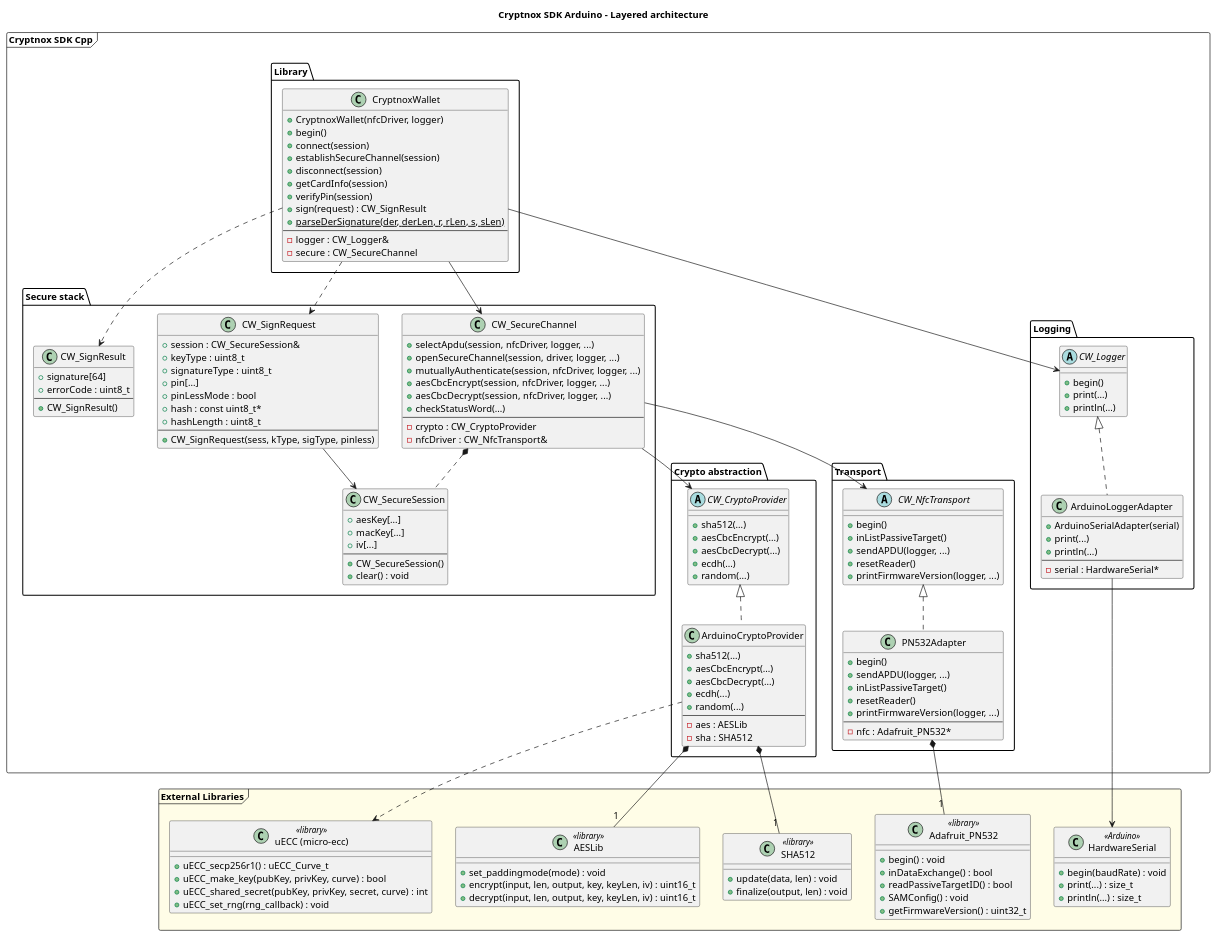
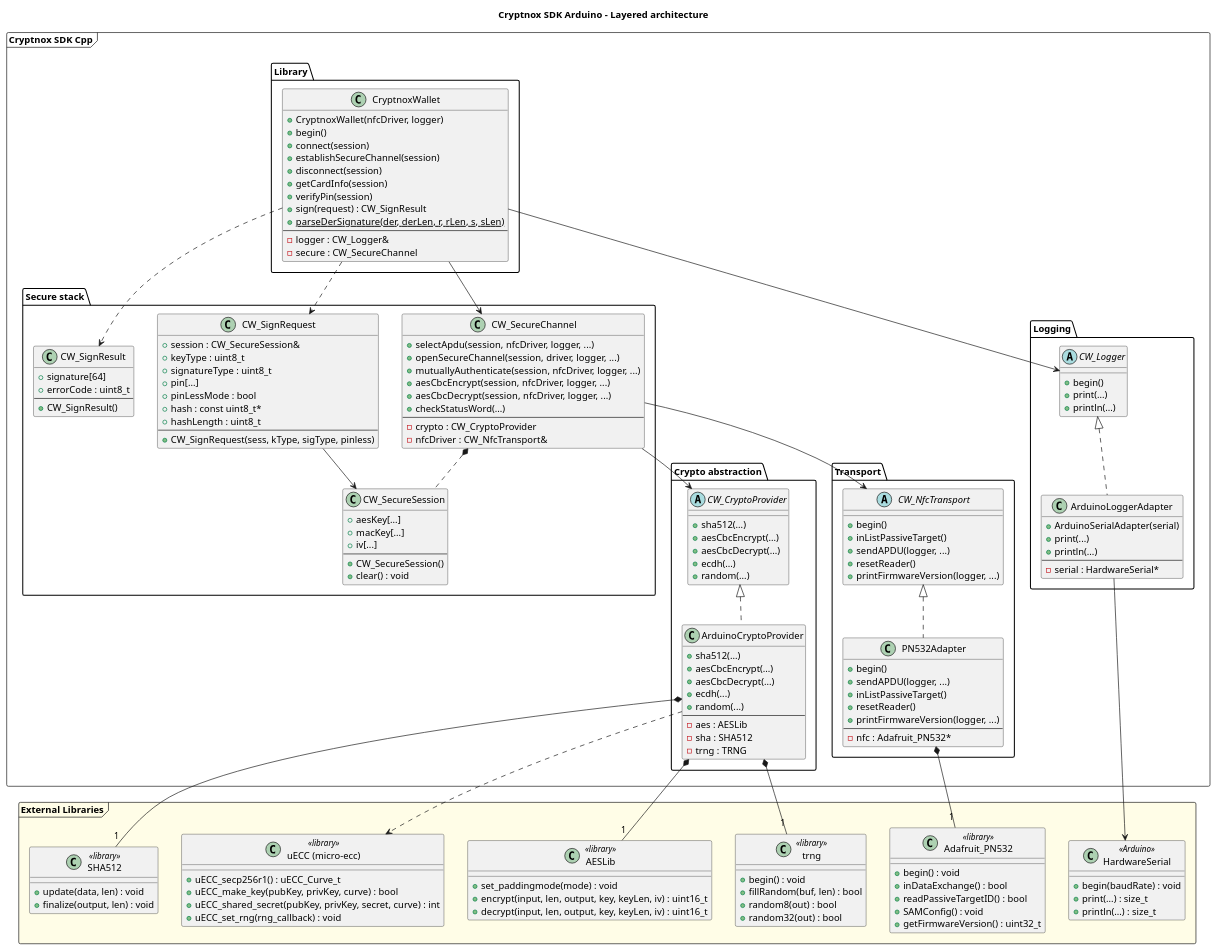
The diagram in docs/architecture/overview.puml (embarquech/sdk-arduino), drawn with PlantUML before and after one commit. The commit also changed 23 other files, not shown here.

```diff
--- a/docs/architecture/overview.puml
+++ b/docs/architecture/overview.puml
@@ -1,182 +1,191 @@
 @startuml
 title Cryptnox SDK Arduino - Layered architecture
 
 package "Cryptnox SDK Cpp" <<Frame>> {
 package "Library" {
     class CryptnoxWallet {
         + CryptnoxWallet(nfcDriver, logger)
         + begin()
         + connect(session)
         + establishSecureChannel(session)
         + disconnect(session)
         + getCardInfo(session)
         + verifyPin(session)
         + sign(request) : CW_SignResult
         + {static} parseDerSignature(der, derLen, r, rLen, s, sLen)
         --
         - logger : CW_Logger&
         - secure : CW_SecureChannel
     }
 }
 
 package "Secure stack" {
     class CW_SecureChannel {
         + selectApdu(session, nfcDriver, logger, ...)
         + openSecureChannel(session, driver, logger, ...)
         + mutuallyAuthenticate(session, nfcDriver, logger, ...)
         + aesCbcEncrypt(session, nfcDriver, logger, ...)
         + aesCbcDecrypt(session, nfcDriver, logger, ...)
         + checkStatusWord(...)
         --
         - crypto : CW_CryptoProvider
         - nfcDriver : CW_NfcTransport&
     }
 
     class CW_SecureSession {
         + aesKey[...]
         + macKey[...]
         + iv[...]
         --
         + CW_SecureSession()
         + clear() : void
     }
 
     class CW_SignRequest {
         + session : CW_SecureSession&
         + keyType : uint8_t
         + signatureType : uint8_t
         + pin[...]
         + pinLessMode : bool
         + hash : const uint8_t*
         + hashLength : uint8_t
         --
         + CW_SignRequest(sess, kType, sigType, pinless)
     }
 
     class CW_SignResult {
         + signature[64]
         + errorCode : uint8_t
         --
         + CW_SignResult()
     }
 }
 
 package "Crypto abstraction" {
     abstract class CW_CryptoProvider {
         + sha512(...)
         + aesCbcEncrypt(...)
         + aesCbcDecrypt(...)
         + ecdh(...)
         + random(...)
     }
 
     class ArduinoCryptoProvider {
         + sha512(...)
         + aesCbcEncrypt(...)
         + aesCbcDecrypt(...)
         + ecdh(...)
         + random(...)
         --
         - aes : AESLib
         - sha : SHA512
+        - trng : TRNG
     }
 }
 
 package "Transport" {
     abstract class CW_NfcTransport {
         + begin()
         + inListPassiveTarget()
         + sendAPDU(logger, ...)
         + resetReader()
         + printFirmwareVersion(logger, ...)
     }
 
     class PN532Adapter {
         + begin()
         + sendAPDU(logger, ...)
         + inListPassiveTarget()
         + resetReader()
         + printFirmwareVersion(logger, ...)
         --
         - nfc : Adafruit_PN532*
     }
 }
 
 package "Logging" {
     abstract class CW_Logger {
         + begin()
         + print(...)
         + println(...)
     }
 
     class ArduinoLoggerAdapter {
         + ArduinoSerialAdapter(serial)
         + print(...)
         + println(...)
         --
         - serial : HardwareSerial*
     }
 }
 }
 
 package "External Libraries" <<Frame>> #FFFDE7 {
     
     class Adafruit_PN532 <<library>> {
         + begin() : void
         + inDataExchange() : bool
         + readPassiveTargetID() : bool
         + SAMConfig() : void
         + getFirmwareVersion() : uint32_t
     }
     
     class AESLib <<library>> {
         + set_paddingmode(mode) : void
         + encrypt(input, len, output, key, keyLen, iv) : uint16_t
         + decrypt(input, len, output, key, keyLen, iv) : uint16_t
     }
     
     class "uECC (micro-ecc)" as uECC <<library>> {
         + uECC_secp256r1() : uECC_Curve_t
         + uECC_make_key(pubKey, privKey, curve) : bool
         + uECC_shared_secret(pubKey, privKey, secret, curve) : int
         + uECC_set_rng(rng_callback) : void
     }
 
     class SHA512 <<library>> {
         + update(data, len) : void
         + finalize(output, len) : void
     }
 
+    class "trng" as TRNGLib <<library>> {
+        + begin() : void
+        + fillRandom(buf, len) : bool
+        + random8(out) : bool
+        + random32(out) : bool
+    }
+
     class HardwareSerial <<Arduino>> {
         + begin(baudRate) : void
         + print(...) : size_t
         + println(...) : size_t
     }
 }
 
 ' ==============================
 ' Relations principales
 ' ==============================
 
 CryptnoxWallet --> CW_SecureChannel
 CryptnoxWallet --> CW_Logger
 CryptnoxWallet ..> CW_SignRequest
 CryptnoxWallet ..> CW_SignResult
 CW_SecureChannel *.. CW_SecureSession
 CW_SecureChannel --> CW_CryptoProvider
 CW_SecureChannel --> CW_NfcTransport
 CW_SignRequest --> CW_SecureSession
 
 CW_CryptoProvider <|.. ArduinoCryptoProvider
 CW_NfcTransport <|.. PN532Adapter
 CW_Logger <|.. ArduinoLoggerAdapter
 
 
 ArduinoLoggerAdapter --> HardwareSerial
 
 ArduinoCryptoProvider *-- "1" AESLib
 ArduinoCryptoProvider ..> uECC
 ArduinoCryptoProvider *-- "1" SHA512
+ArduinoCryptoProvider *-- "1" TRNGLib
 PN532Adapter *-- "1" Adafruit_PN532
 
 @enduml
```
